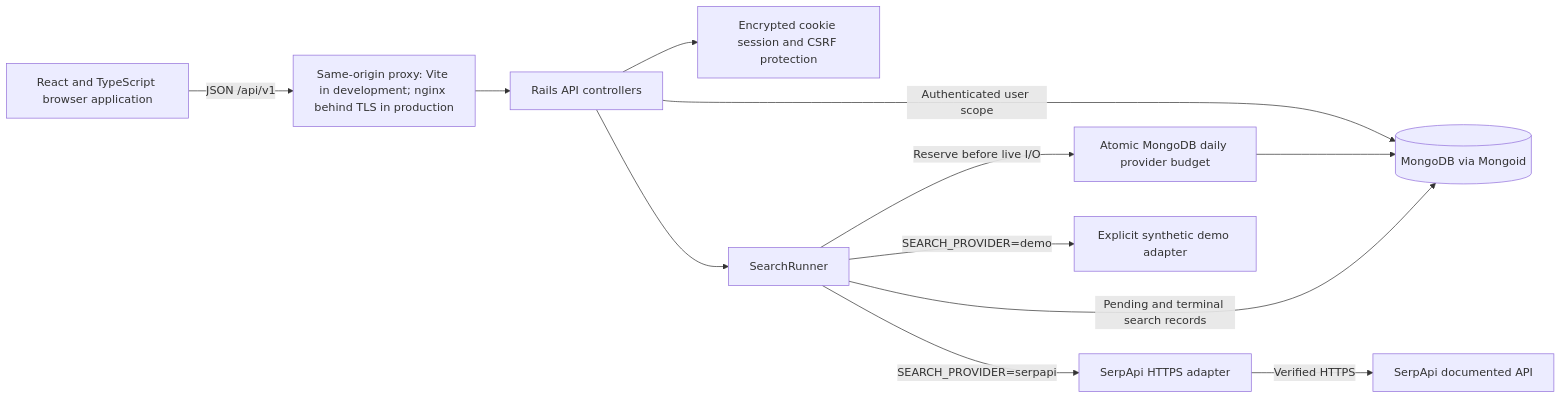
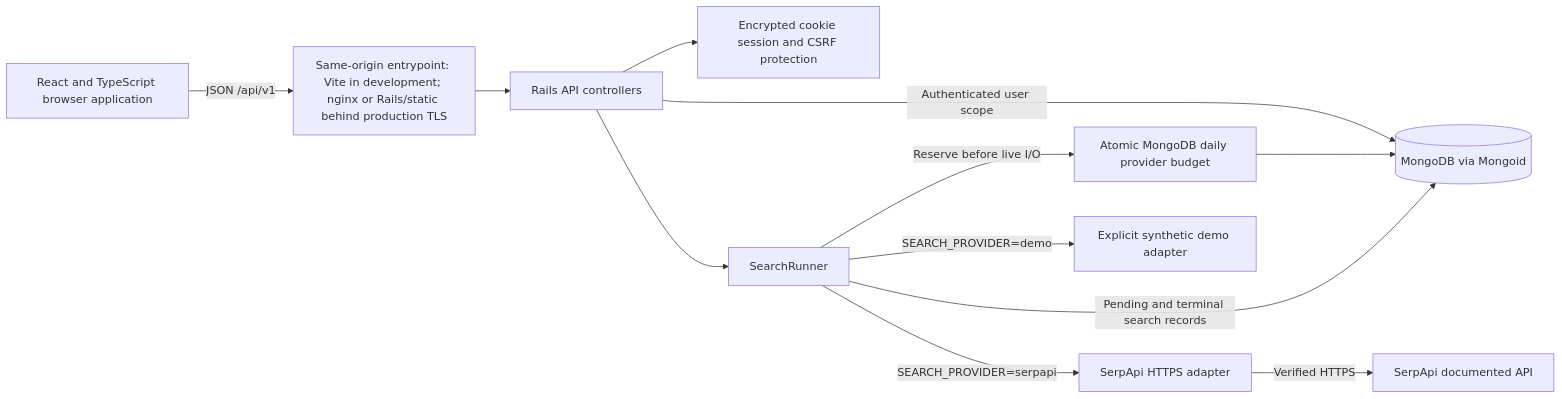
Before and after one commit to rokerblym/searchscope: the diagram in docs/architecture.md, drawn with Mermaid. The commit also changed other lines of this file and 16 other files, not shown here.

````diff
--- a/docs/architecture.md
+++ b/docs/architecture.md
@@ -27,24 +27,24 @@
 ```mermaid
 flowchart LR
     Browser[React and TypeScript browser application]
-    Proxy[Same-origin proxy: Vite in development; nginx behind TLS in production]
+    Proxy[Same-origin entrypoint: Vite in development; nginx or Rails/static behind production TLS]
     API[Rails API controllers]
     Session[Encrypted cookie session and CSRF protection]
     Runner[SearchRunner]
     Budget[Atomic MongoDB daily provider budget]
     Live[SerpApi HTTPS adapter]
     Demo[Explicit synthetic demo adapter]
     Mongo[(MongoDB via Mongoid)]
     Provider[SerpApi documented API]
     Browser -->|JSON /api/v1| Proxy
     Proxy --> API
     API --> Session
     API -->|Authenticated user scope| Mongo
     API --> Runner
     Runner -->|Reserve before live I/O| Budget
     Budget --> Mongo
     Runner -->|SEARCH_PROVIDER=serpapi| Live
     Runner -->|SEARCH_PROVIDER=demo| Demo
     Live -->|Verified HTTPS| Provider
     Runner -->|Pending and terminal search records| Mongo
 ```
````
